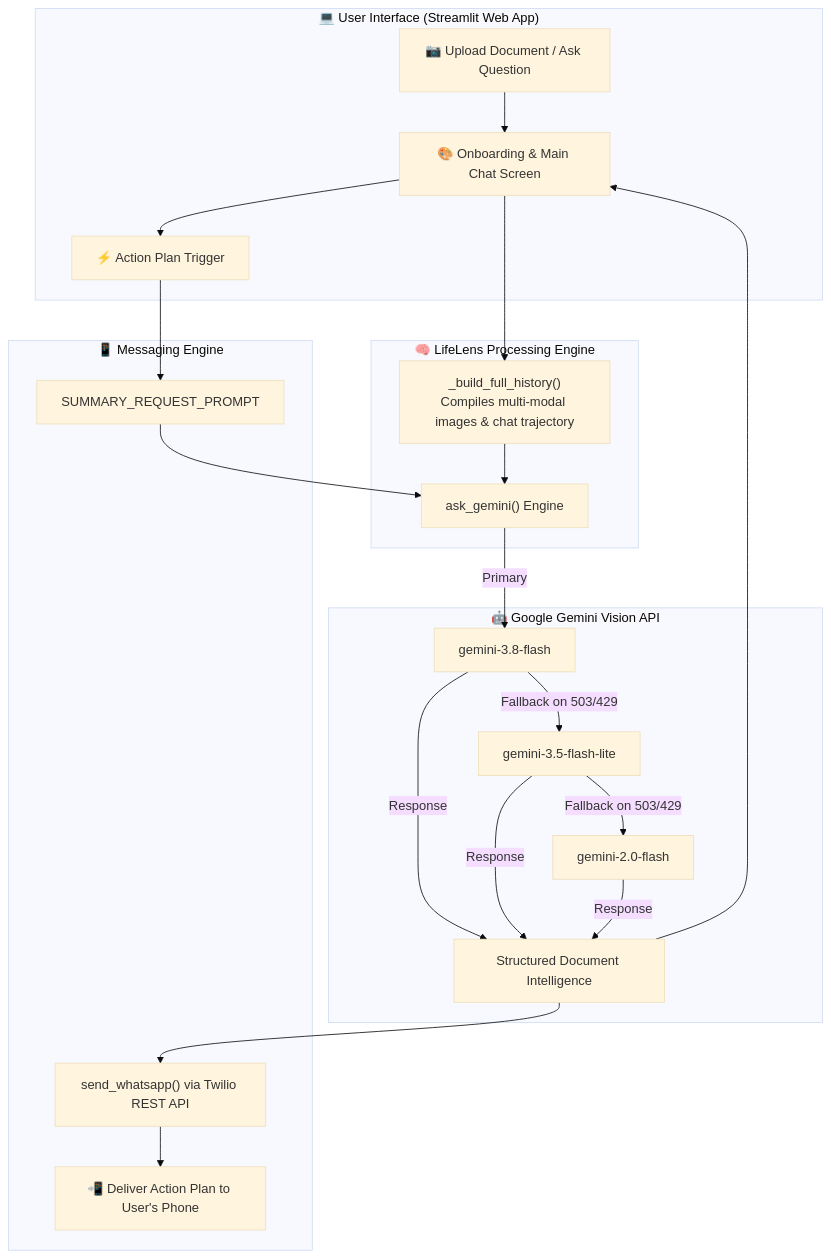
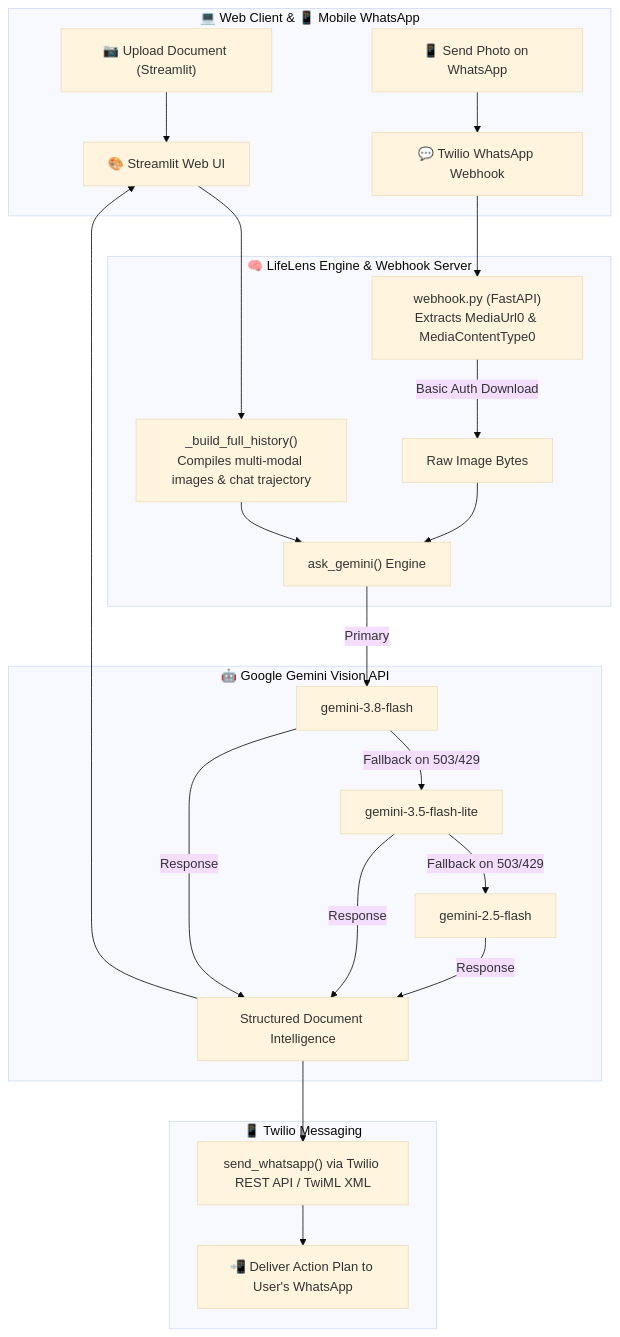
The first of 3 diagrams in README.md (Siva-2511/Lifelens-AI), drawn with Mermaid (base theme) before and after one commit. The commit also changed other lines of this file and 2 other files, not shown here.

Commit message:
Add FastAPI inbound WhatsApp webhook server with secure media downloads, Gemini Vision analysis, and updated documentation

````diff
--- a/README.md
+++ b/README.md
@@ -46,30 +50,31 @@
 ```mermaid
 flowchart TD
-    subgraph Client ["💻 User Interface (Streamlit Web App)"]
-        A["📷 Upload Document / Ask Question"] --> B["🎨 Onboarding & Main Chat Screen"]
-        B --> C["⚡ Action Plan Trigger"]
+    subgraph Client ["💻 Web Client & 📱 Mobile WhatsApp"]
+        A["📷 Upload Document (Streamlit)"] --> B["🎨 Streamlit Web UI"]
+        W1["📱 Send Photo on WhatsApp"] --> W2["💬 Twilio WhatsApp Webhook"]
     end
 
-    subgraph Processing ["🧠 LifeLens Processing Engine"]
+    subgraph Processing ["🧠 LifeLens Engine & Webhook Server"]
         B --> D["_build_full_history()\nCompiles multi-modal images & chat trajectory"]
         D --> E["ask_gemini() Engine"]
+        W2 --> W3["webhook.py (FastAPI)\nExtracts MediaUrl0 & MediaContentType0"]
+        W3 -->|Basic Auth Download| W4["Raw Image Bytes"]
+        W4 --> E
     end
 
     subgraph Gemini ["🤖 Google Gemini Vision API"]
         E -->|Primary| F["gemini-3.8-flash"]
         F -->|Fallback on 503/429| G["gemini-3.5-flash-lite"]
-        G -->|Fallback on 503/429| H["gemini-2.0-flash"]
+        G -->|Fallback on 503/429| H["gemini-2.5-flash"]
         F -->|Response| I["Structured Document Intelligence"]
         G -->|Response| I
         H -->|Response| I
     end
 
-    subgraph Messaging ["📱 Messaging Engine"]
-        C --> J["SUMMARY_REQUEST_PROMPT"]
-        J --> E
-        I --> K["send_whatsapp() via Twilio REST API"]
-        K --> L["📲 Deliver Action Plan to User's Phone"]
+    subgraph Messaging ["📱 Twilio Messaging"]
+        I --> K["send_whatsapp() via Twilio REST API / TwiML XML"]
+        K --> L["📲 Deliver Action Plan to User's WhatsApp"]
     end
 
     I --> B
 ```
````
